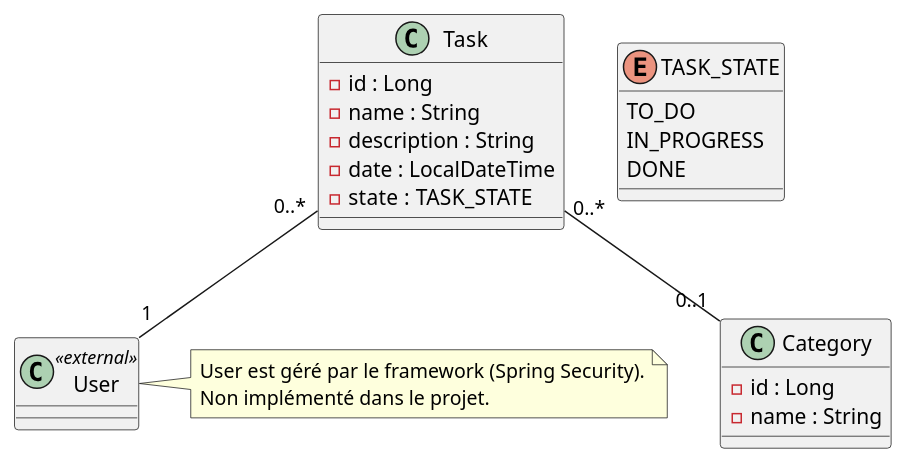
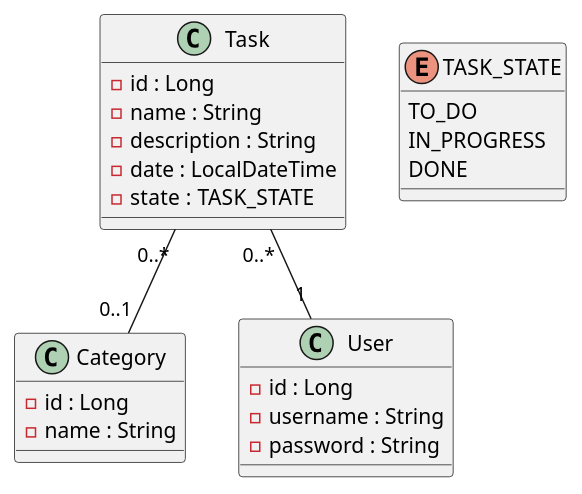
The diagram in docs/class.puml (rdpt03/rdpt03-FMS-JAVASPRING-EVAL-TODOLIST), drawn with PlantUML before and after one commit.

Commit message:
modify user class

```diff
--- a/docs/class.puml
+++ b/docs/class.puml
@@ -1,34 +1,33 @@
 @startuml
 
 class Task {
     - id : Long
     - name : String
     - description : String
     - date : LocalDateTime
     - state : TASK_STATE
 }
 
 class Category {
     - id : Long
     - name : String
 }
 
 enum TASK_STATE {
     TO_DO
     IN_PROGRESS
     DONE
 }
 
 ' Relation
 Task "0..*" -- "1" User
 Task "0..*" -- "0..1" Category
 
 ' External class managed by framework
-class User <<external>>
-
-note right of User
-User est géré par le framework (Spring Security).
-Non implémenté dans le projet.
-end note
+class User {
+    - id : Long
+    - username : String
+    - password : String
+}
 
 @enduml
```
